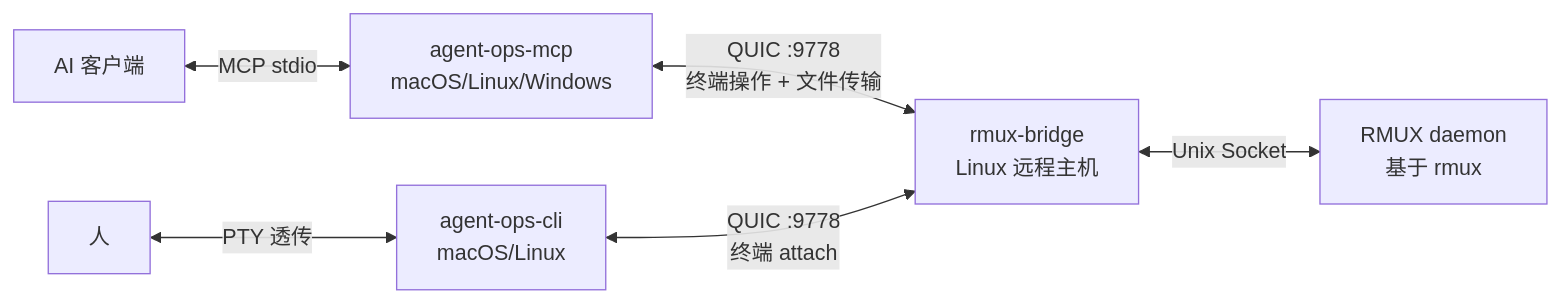
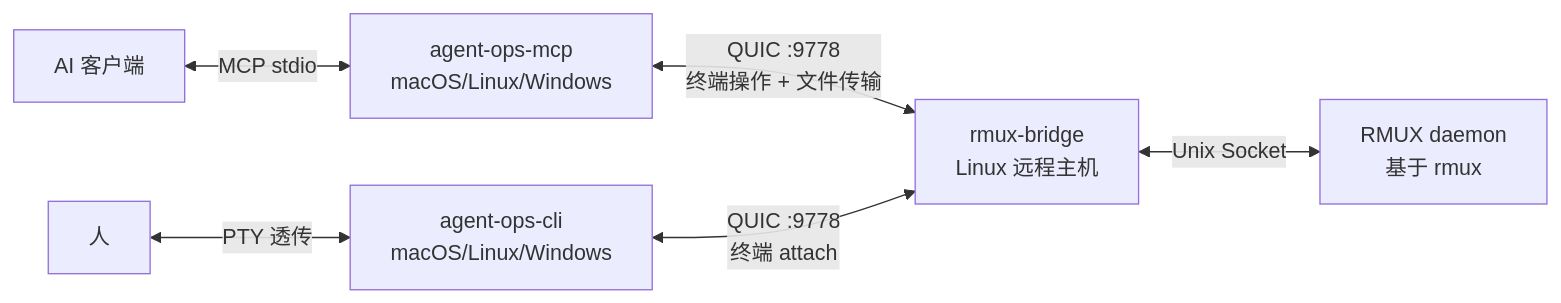
Before and after one commit to tddh/agent-ops: the diagram in README.zh.md, drawn with Mermaid. The commit also changed other lines of this file and 2 other files, not shown here.

````diff
--- a/README.zh.md
+++ b/README.zh.md
@@ -60,8 +60,8 @@
 ```mermaid
 graph LR
     A[AI 客户端] <-->|MCP stdio| B[agent-ops-mcp<br/>macOS/Linux/Windows]
-    H[人] <-->|PTY 透传| E[agent-ops-cli<br/>macOS/Linux]
+    H[人] <-->|PTY 透传| E[agent-ops-cli<br/>macOS/Linux/Windows]
     B <-->|QUIC :9778<br/>终端操作 + 文件传输| C[rmux-bridge<br/>Linux 远程主机]
     E <-->|QUIC :9778<br/>终端 attach| C
     C <-->|Unix Socket| D[RMUX daemon<br/>基于 rmux]
 ```
````
